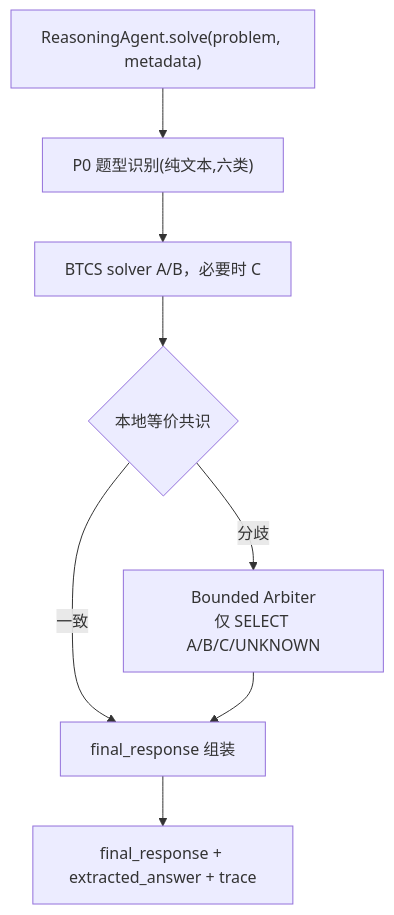
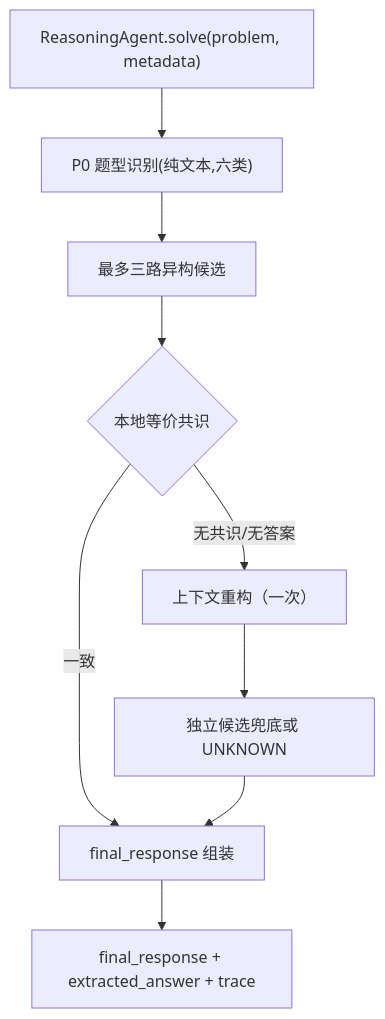
Before and after one commit to RUSS0718/Challenge-Cup-2026: the first of 2 diagrams in README.md, drawn with Mermaid. The commit also changed other lines of this file and 3 other files, not shown here.

````diff
--- a/README.md
+++ b/README.md
@@ -17,10 +17,11 @@
 ```mermaid
 flowchart TD
     entry["ReasoningAgent.solve(problem, metadata)"] --> classify["P0 题型识别(纯文本,六类)"]
-    classify --> solvers["BTCS solver A/B，必要时 C"]
+    classify --> solvers["最多三路异构候选"]
     solvers --> consensus{"本地等价共识"}
     consensus -->|"一致"| finalize["final_response 组装"]
-    consensus -->|"分歧"| arbiter["Bounded Arbiter<br/>仅 SELECT A/B/C/UNKNOWN"]
-    arbiter --> finalize
+    consensus -->|"无共识/无答案"| reconstruct["上下文重构（一次）"]
+    reconstruct --> fallback["独立候选兜底或 UNKNOWN"]
+    fallback --> finalize
     finalize --> out["final_response + extracted_answer + trace"]
 ```
````
